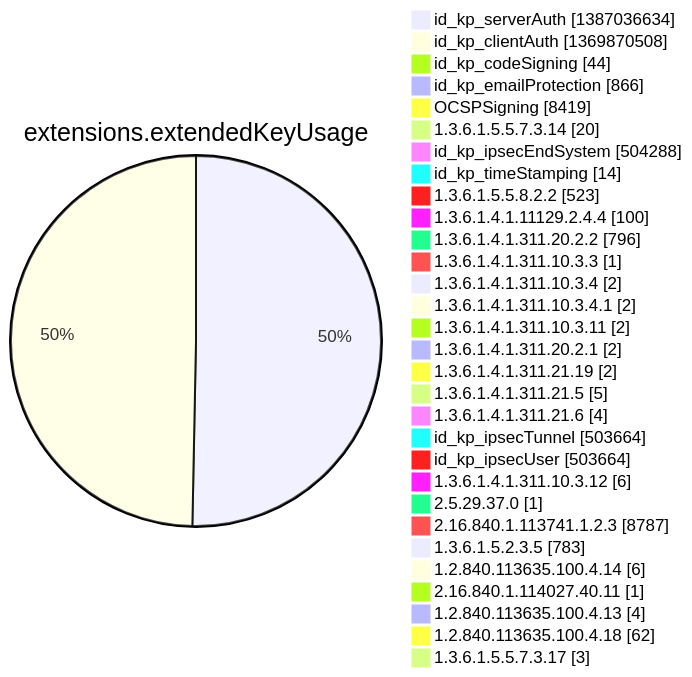
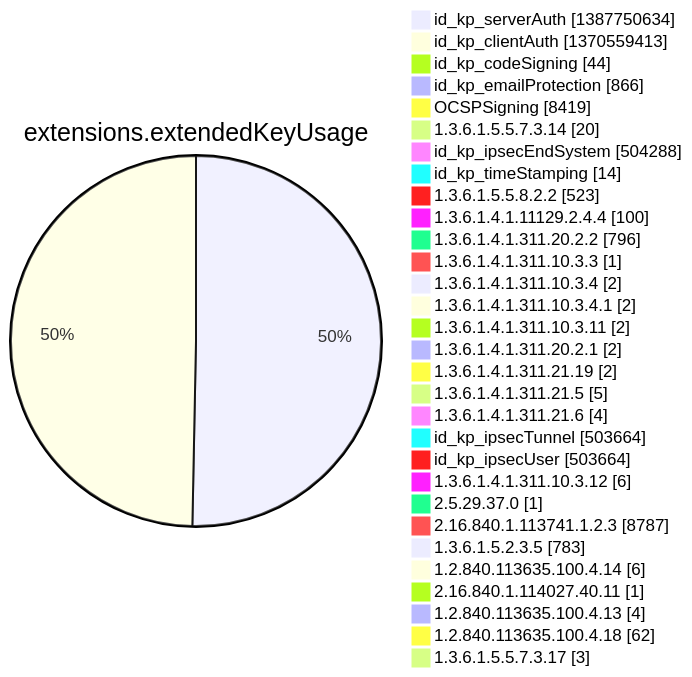
Diagram 12 of 15 in argon2022/README.md (christiankrug/ctmonitor_visualization), drawn with Mermaid before and after one commit. The commit also changed other lines of this file, not shown here.

````diff
--- a/argon2022/README.md
+++ b/argon2022/README.md
@@ -3554,34 +3554,34 @@
 ```mermaid
 pie showData
 title extensions.extendedKeyUsage
-"id_kp_serverAuth" :1387036634
-"id_kp_clientAuth" :1369870508
+"id_kp_serverAuth" :1387750634
+"id_kp_clientAuth" :1370559413
 "id_kp_codeSigning" :44
 "id_kp_emailProtection" :866
 "OCSPSigning" :8419
 "1.3.6.1.5.5.7.3.14" :20
 "id_kp_ipsecEndSystem" :504288
 "id_kp_timeStamping" :14
 "1.3.6.1.5.5.8.2.2" :523
 "1.3.6.1.4.1.11129.2.4.4" :100
 "1.3.6.1.4.1.311.20.2.2" :796
 "1.3.6.1.4.1.311.10.3.3" :1
 "1.3.6.1.4.1.311.10.3.4" :2
 "1.3.6.1.4.1.311.10.3.4.1" :2
 "1.3.6.1.4.1.311.10.3.11" :2
 "1.3.6.1.4.1.311.20.2.1" :2
 "1.3.6.1.4.1.311.21.19" :2
 "1.3.6.1.4.1.311.21.5" :5
 "1.3.6.1.4.1.311.21.6" :4
 "id_kp_ipsecTunnel" :503664
 "id_kp_ipsecUser" :503664
 "1.3.6.1.4.1.311.10.3.12" :6
 "2.5.29.37.0" :1
 "2.16.840.1.113741.1.2.3" :8787
 "1.3.6.1.5.2.3.5" :783
 "1.2.840.113635.100.4.14" :6
 "2.16.840.1.114027.40.11" :1
 "1.2.840.113635.100.4.13" :4
 "1.2.840.113635.100.4.18" :62
 "1.3.6.1.5.5.7.3.17" :3
 ```
````
